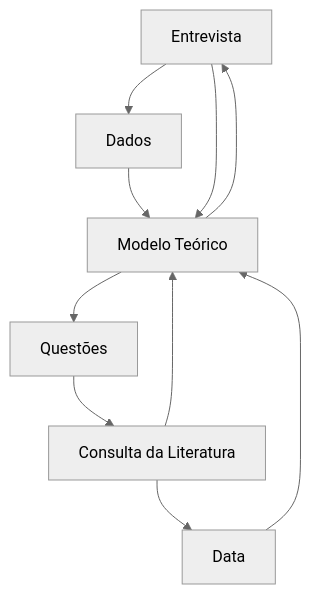
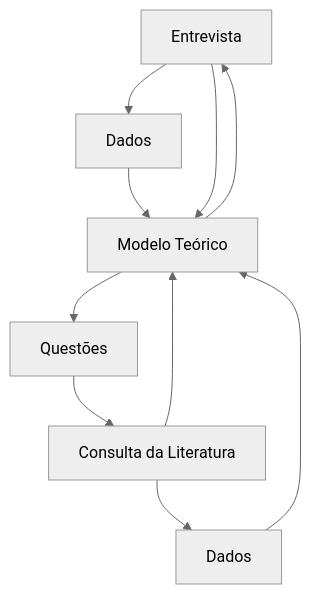
The second of 4 diagrams in 02_methods.qmd (hugotseixas/tica-book), drawn with Mermaid (neutral theme) before and after one commit. The commit also changed other lines of this file and 202 other files, not shown here.

````diff
--- a/02_methods.qmd
+++ b/02_methods.qmd
@@ -51,18 +51,18 @@
 ```{mermaid}
 %%| label: fig-theoretical-diagram
 %%| fig-cap: Fluxo geral do processo de desenvolvimento do modelo teórico.
 %%| fig-responsive: true
 %%| fig-align: center
 
 flowchart TD
     A[Entrevista] --> B[Dados]
     C[Questões] --> D[Consulta da Literatura]
-    D --> E[Data]
+    D --> E[Dados]
     B --> F[Modelo Teórico]
     A --> F
     D --> F
     F --> C
     E --> F
     F --> A
 
 ```
````
